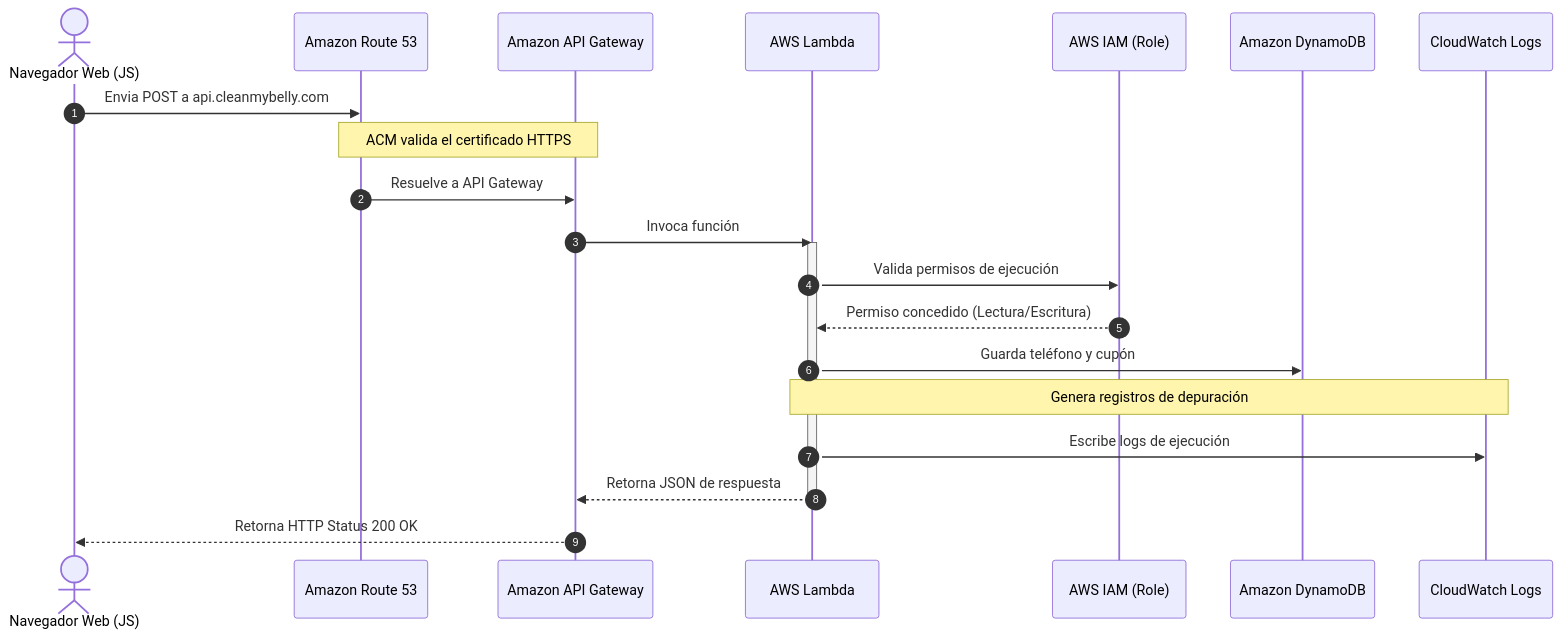
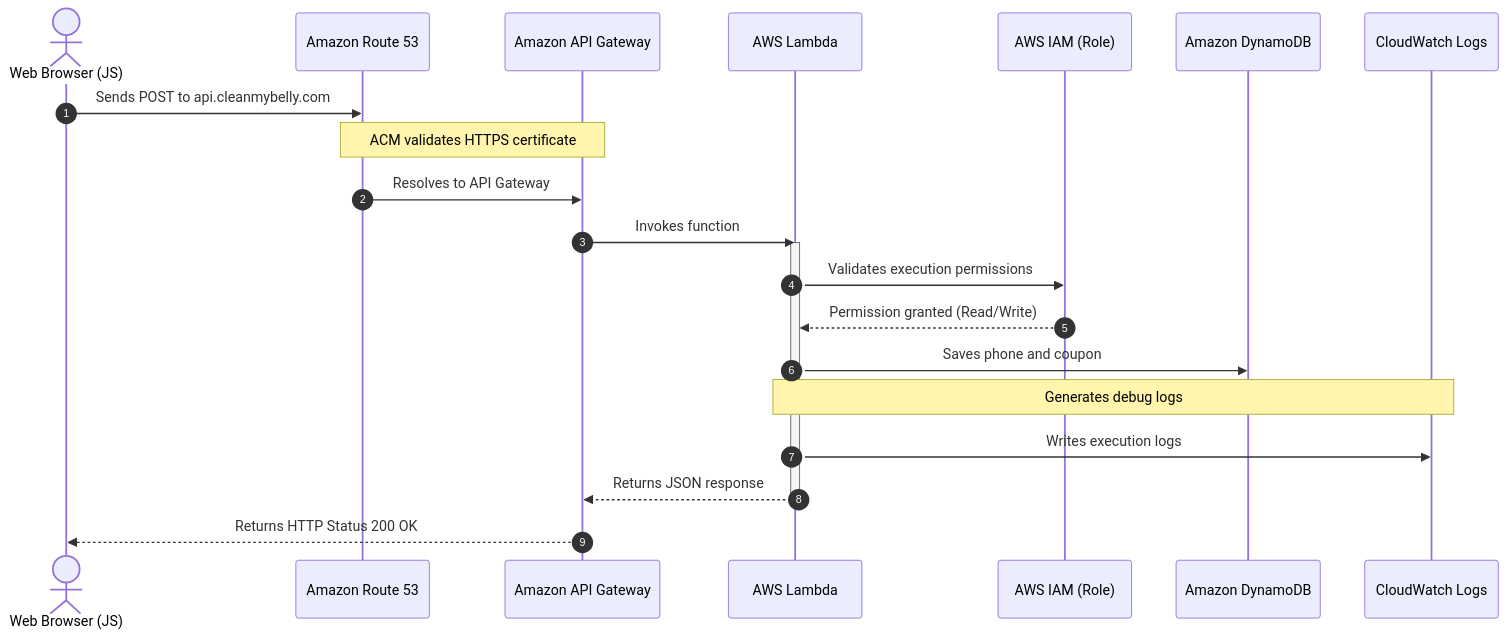
One commit to Beep1608/cleanmybelly changed the diagram in docs/infra/backend.md. Above: the diagram before and after it, drawn with Mermaid. The commit also changed other lines of this file and 5 other files, not shown here.

````diff
--- a/docs/infra/backend.md
+++ b/docs/infra/backend.md
@@ -35,25 +35,25 @@
 ```mermaid
 sequenceDiagram
     autonumber
-    actor Cliente as Navegador Web (JS)
+    actor Client as Web Browser (JS)
     participant R53 as Amazon Route 53
     participant APIGW as Amazon API Gateway
     participant Lambda as AWS Lambda
     participant IAM as AWS IAM (Role)
     participant Dynamo as Amazon DynamoDB
     participant CW as CloudWatch Logs
 
-    Cliente->>R53: Envia POST a api.cleanmybelly.com
-    Note over R53, APIGW: ACM valida el certificado HTTPS
-    R53->>APIGW: Resuelve a API Gateway
-    APIGW->>Lambda: Invoca función
+    Client->>R53: Sends POST to api.cleanmybelly.com
+    Note over R53, APIGW: ACM validates HTTPS certificate
+    R53->>APIGW: Resolves to API Gateway
+    APIGW->>Lambda: Invokes function
     activate Lambda
-    Lambda->>IAM: Valida permisos de ejecución
-    IAM-->>Lambda: Permiso concedido (Lectura/Escritura)
-    Lambda->>Dynamo: Guarda teléfono y cupón
-    Note over Lambda, CW: Genera registros de depuración
-    Lambda->>CW: Escribe logs de ejecución
-    Lambda-->>APIGW: Retorna JSON de respuesta
+    Lambda->>IAM: Validates execution permissions
+    IAM-->>Lambda: Permission granted (Read/Write)
+    Lambda->>Dynamo: Saves phone and coupon
+    Note over Lambda, CW: Generates debug logs
+    Lambda->>CW: Writes execution logs
+    Lambda-->>APIGW: Returns JSON response
     deactivate Lambda
-    APIGW-->>Cliente: Retorna HTTP Status 200 OK
+    APIGW-->>Client: Returns HTTP Status 200 OK
 ```
````
